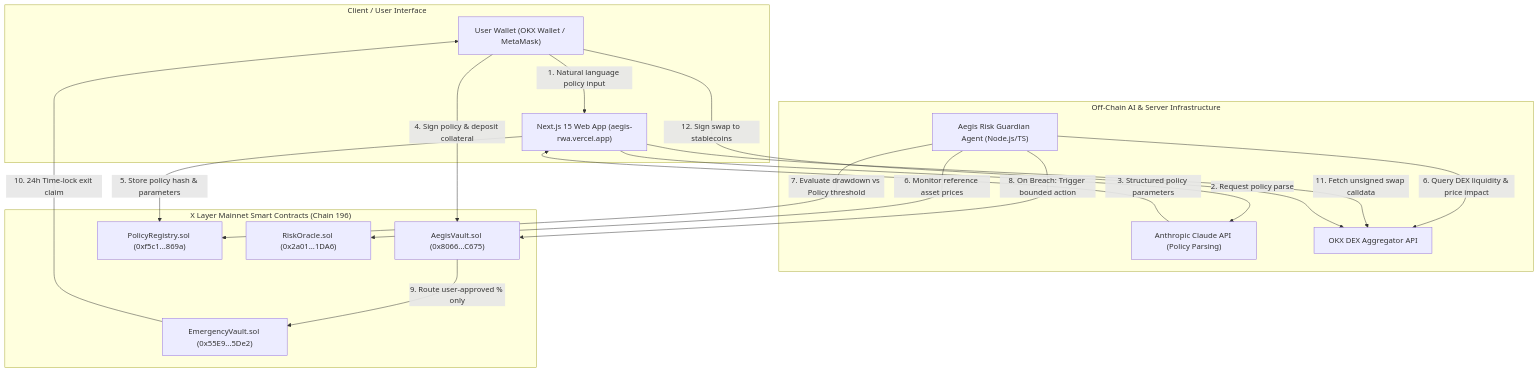
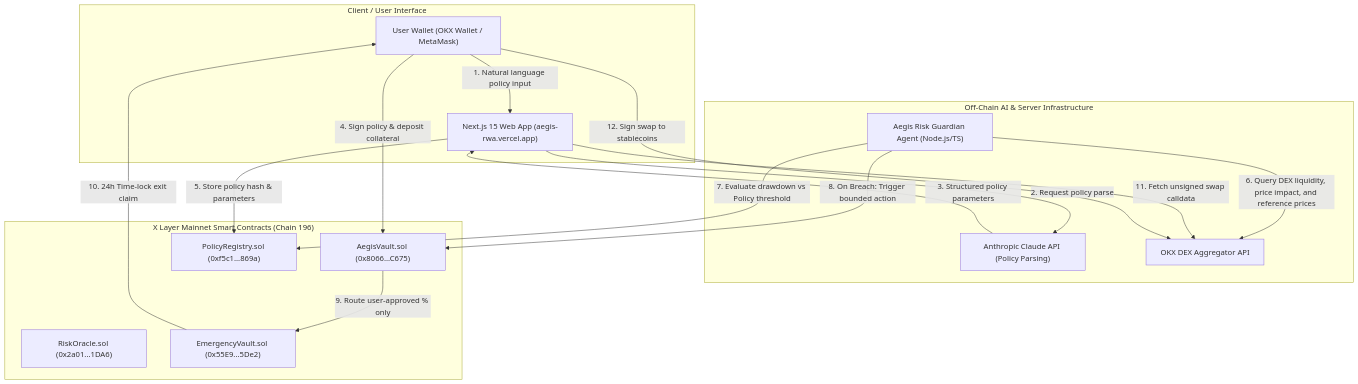
Before and after one commit to Ultraviolet01/Aegis: the diagram in README.md, drawn with Mermaid. The commit also changed other lines of this file, not shown here.

Commit message:
docs: Update Phase 1 heading and architecture diagram

````diff
--- a/README.md
+++ b/README.md
@@ -25,37 +25,36 @@
 ```mermaid
 graph TD
     subgraph "Client / User Interface"
         User["User Wallet (OKX Wallet / MetaMask)"]
         Dashboard["Next.js 15 Web App (aegis-rwa.vercel.app)"]
     end
 
     subgraph "Off-Chain AI & Server Infrastructure"
         LLM["Anthropic Claude API (Policy Parsing)"]
         Agent["Aegis Risk Guardian Agent (Node.js/TS)"]
         OKX_API["OKX DEX Aggregator API"]
     end
 
     subgraph "X Layer Mainnet Smart Contracts (Chain 196)"
         Vault["AegisVault.sol (0x8066...C675)"]
         Registry["PolicyRegistry.sol (0xf5c1...869a)"]
         Oracle["RiskOracle.sol (0x2a01...1DA6)"]
         EVault["EmergencyVault.sol (0x55E9...5De2)"]
     end
 
     User -->|"1. Natural language policy input"| Dashboard
     Dashboard -->|"2. Request policy parse"| LLM
     LLM -->|"3. Structured policy parameters"| Dashboard
     User -->|"4. Sign policy & deposit collateral"| Vault
     Dashboard -->|"5. Store policy hash & parameters"| Registry
 
-    Agent -->|"6. Monitor reference asset prices"| Oracle
-    Agent -->|"6. Query DEX liquidity & price impact"| OKX_API
+    Agent -->|"6. Query DEX liquidity, price impact, and reference prices"| OKX_API
     Agent -->|"7. Evaluate drawdown vs Policy threshold"| Registry
 
     Agent --"8. On Breach: Trigger bounded action"--> Vault
     Vault --"9. Route user-approved % only"--> EVault
     EVault --"10. 24h Time-lock exit claim"--> User
 
     Dashboard --"11. Fetch unsigned swap calldata"--> OKX_API
     User --"12. Sign swap to stablecoins"--> OKX_API
 ```
````
